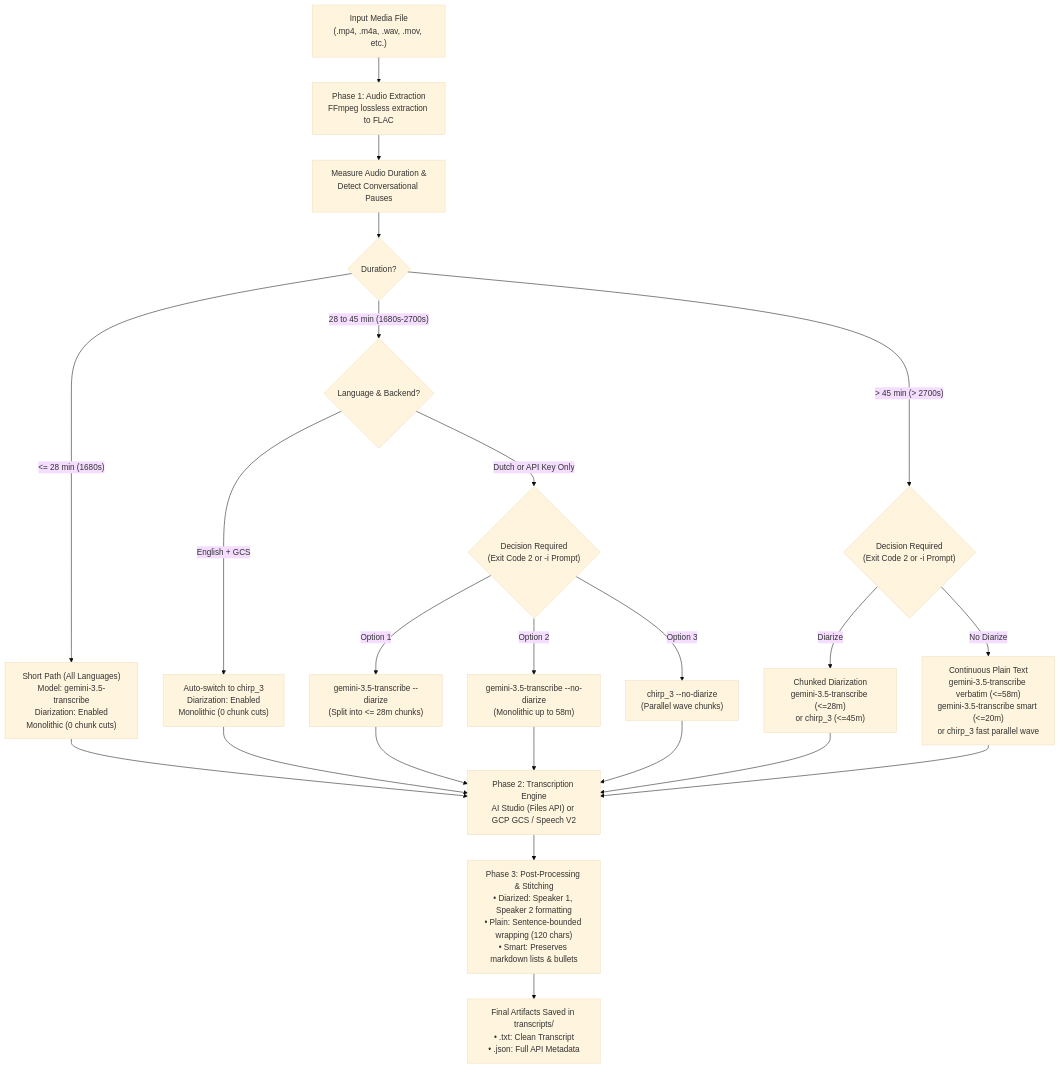
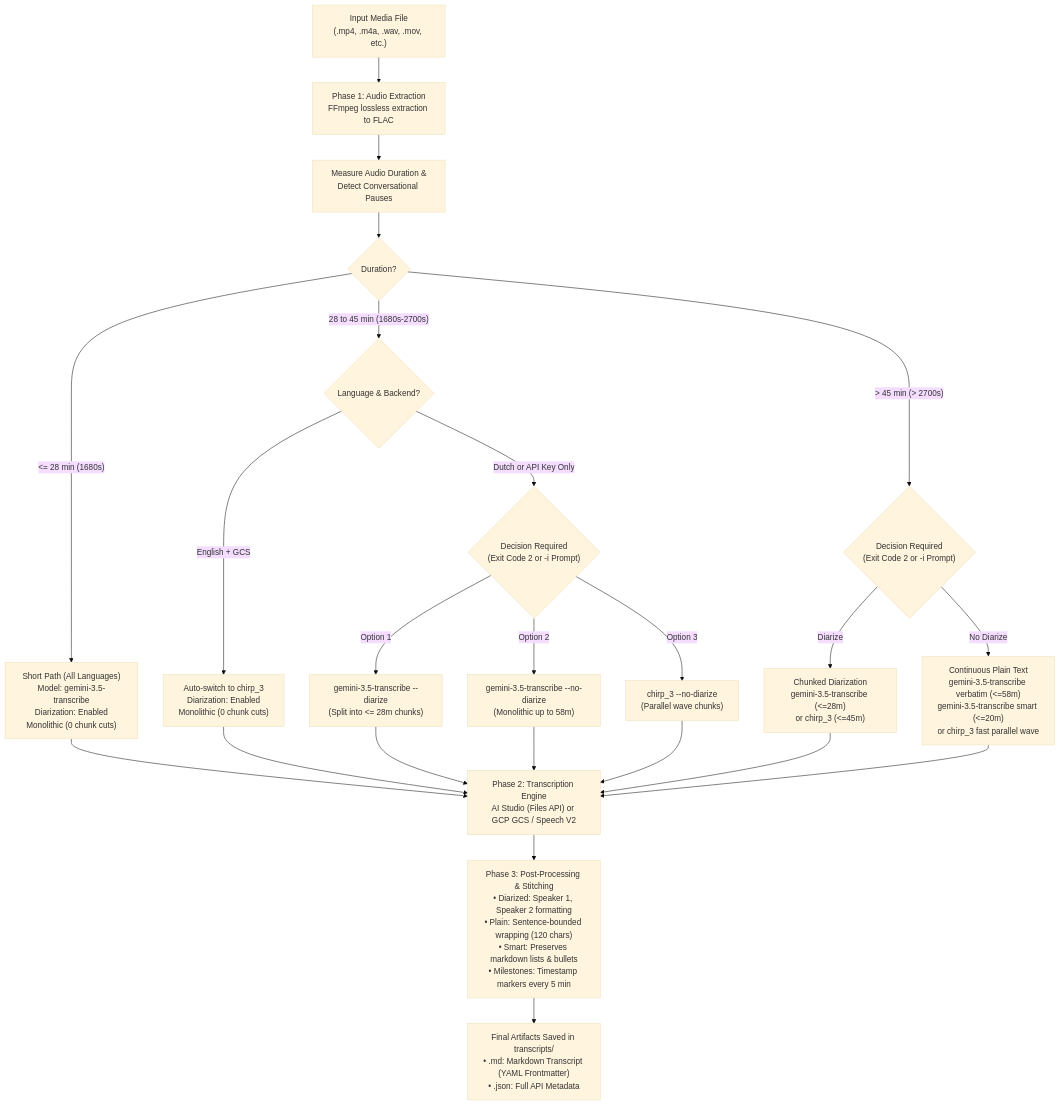
One commit to marketing-engineers/gcp-meeting-transcriber changed the diagram in README.md. Above: the diagram before and after it, drawn with Mermaid (base theme). The commit also changed other lines of this file and 1 other file, not shown here.

First line of the commit message:
Document Markdown transcript structure and add templated example in README

````diff
--- a/README.md
+++ b/README.md
@@ -134,35 +135,35 @@
 ```mermaid
 flowchart TD
     A["Input Media File<br/>(.mp4, .m4a, .wav, .mov, etc.)"] --> B["Phase 1: Audio Extraction<br/>FFmpeg lossless extraction to FLAC"]
     B --> C["Measure Audio Duration &<br/>Detect Conversational Pauses"]
     
     C --> D{"Duration?"}
     
     %% Short Path
     D -->|"<= 28 min (1680s)"| E["Short Path (All Languages)<br/>Model: gemini-3.5-transcribe<br/>Diarization: Enabled<br/>Monolithic (0 chunk cuts)"]
     
     %% Medium Path
     D -->|"28 to 45 min (1680s-2700s)"| F{"Language & Backend?"}
     F -->|"English + GCS"| G["Auto-switch to chirp_3<br/>Diarization: Enabled<br/>Monolithic (0 chunk cuts)"]
     F -->|"Dutch or API Key Only"| H{"Decision Required<br/>(Exit Code 2 or -i Prompt)"}
     H -->|"Option 1"| I["gemini-3.5-transcribe --diarize<br/>(Split into <= 28m chunks)"]
     H -->|"Option 2"| J["gemini-3.5-transcribe --no-diarize<br/>(Monolithic up to 58m)"]
     H -->|"Option 3"| K["chirp_3 --no-diarize<br/>(Parallel wave chunks)"]
     
     %% Long Path
     D -->|"> 45 min (> 2700s)"| L{"Decision Required<br/>(Exit Code 2 or -i Prompt)"}
     L -->|"Diarize"| M["Chunked Diarization<br/>gemini-3.5-transcribe (<=28m)<br/>or chirp_3 (<=45m)"]
     L -->|"No Diarize"| N["Continuous Plain Text<br/>gemini-3.5-transcribe verbatim (<=58m)<br/>gemini-3.5-transcribe smart (<=20m)<br/>or chirp_3 fast parallel wave"]
     
     E --> O["Phase 2: Transcription Engine<br/>AI Studio (Files API) or GCP GCS / Speech V2"]
     G --> O
     I --> O
     J --> O
     K --> O
     M --> O
     N --> O
     
-    O --> P["Phase 3: Post-Processing & Stitching<br/>• Diarized: Speaker 1, Speaker 2 formatting<br/>• Plain: Sentence-bounded wrapping (120 chars)<br/>• Smart: Preserves markdown lists & bullets"]
+    O --> P["Phase 3: Post-Processing & Stitching<br/>• Diarized: Speaker 1, Speaker 2 formatting<br/>• Plain: Sentence-bounded wrapping (120 chars)<br/>• Smart: Preserves markdown lists & bullets<br/>• Milestones: Timestamp markers every 5 min"]
     
-    P --> Q["Final Artifacts Saved in transcripts/<br/>• .txt: Clean Transcript<br/>• .json: Full API Metadata"]
+    P --> Q["Final Artifacts Saved in transcripts/<br/>• .md: Markdown Transcript (YAML Frontmatter)<br/>• .json: Full API Metadata"]
 ```
````
